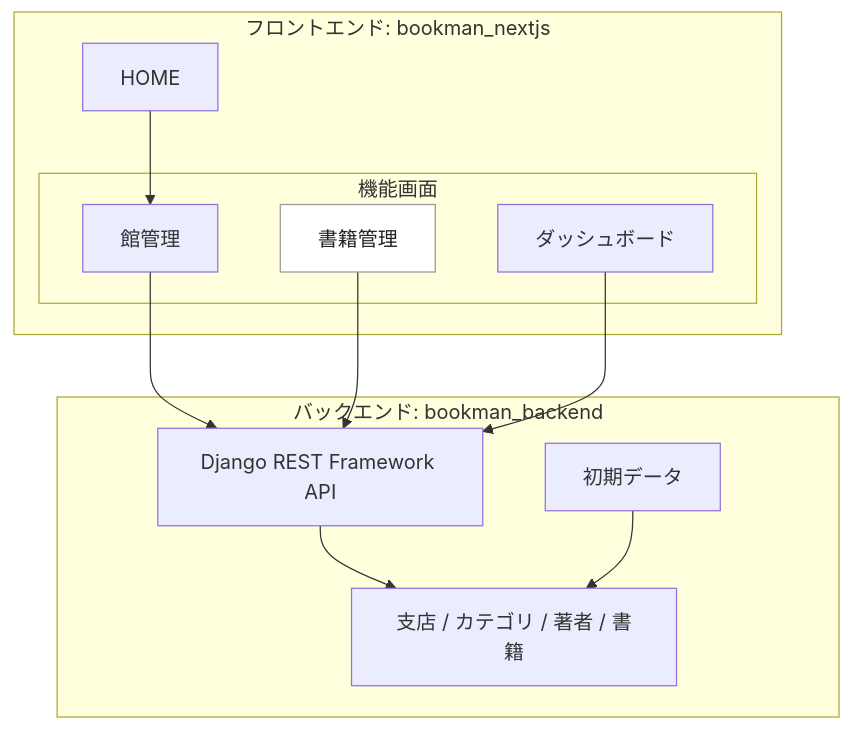
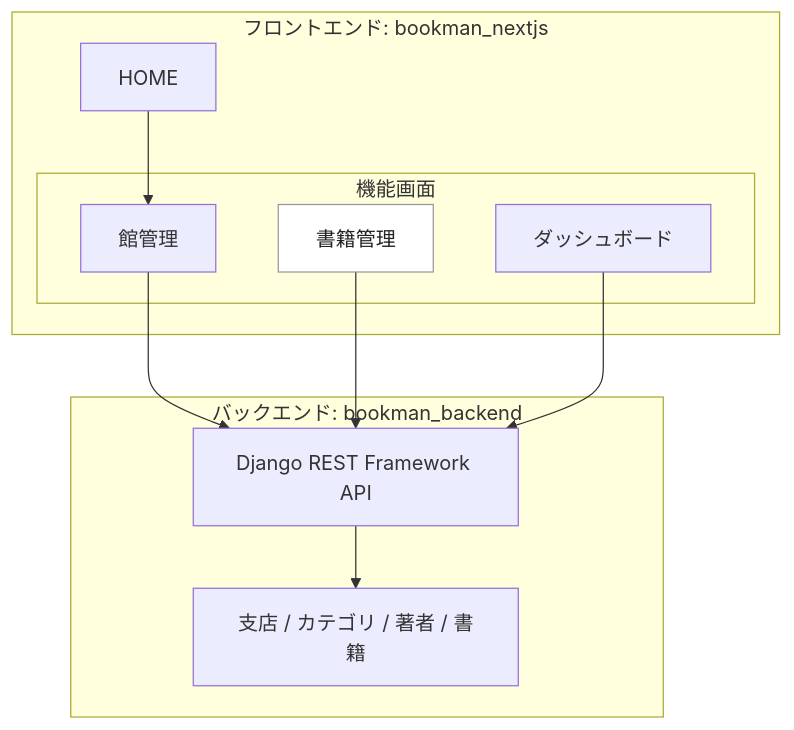
The first of 2 diagrams in docs/qiita/bookman_drf_nextjs.md (duri0214/portfolio), drawn with Mermaid before and after one commit.

Commit message:
docs: remove fixture node from Bookman article diagram

````diff
--- a/docs/qiita/bookman_drf_nextjs.md
+++ b/docs/qiita/bookman_drf_nextjs.md
@@ -36,26 +36,24 @@
 ```mermaid
 graph TB
   subgraph frontend[フロントエンド: bookman_nextjs]
     home[HOME]
     subgraph screens[機能画面]
       branch[館管理]
       bookScreen[書籍管理]
       dashboard[ダッシュボード]
     end
   end
 
   subgraph backend[バックエンド: bookman_backend]
     drf[Django REST Framework API]
     models[支店 / カテゴリ / 著者 / 書籍]
-    fixtures[初期データ]
   end
 
   home --> branch
   branch --> drf
   bookScreen --> drf
   dashboard --> drf
   drf --> models
-  fixtures --> models
 
   style bookScreen fill:#ffffff,stroke:#999999,stroke-width:1px,color:#222222
 ```
````
